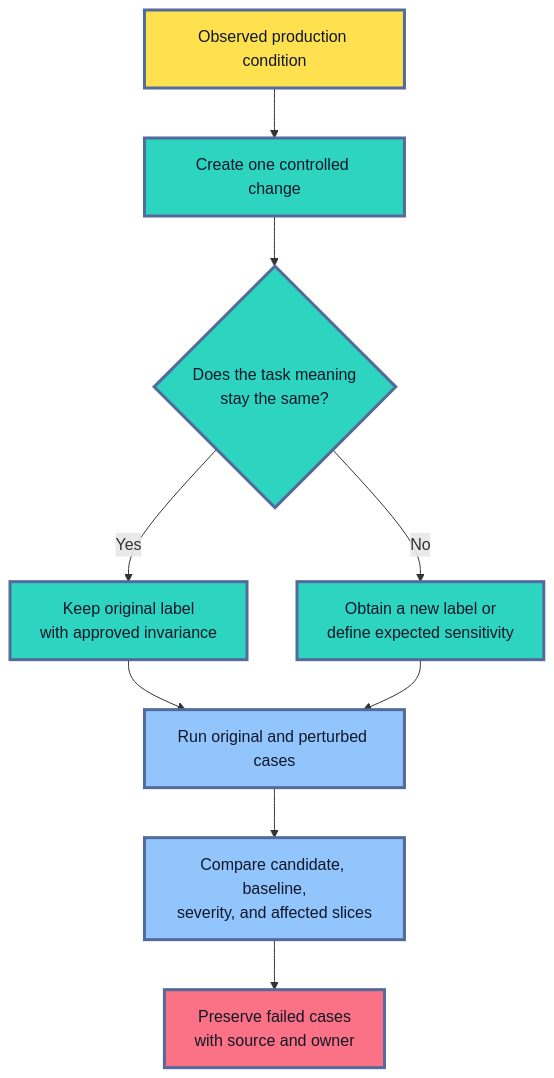
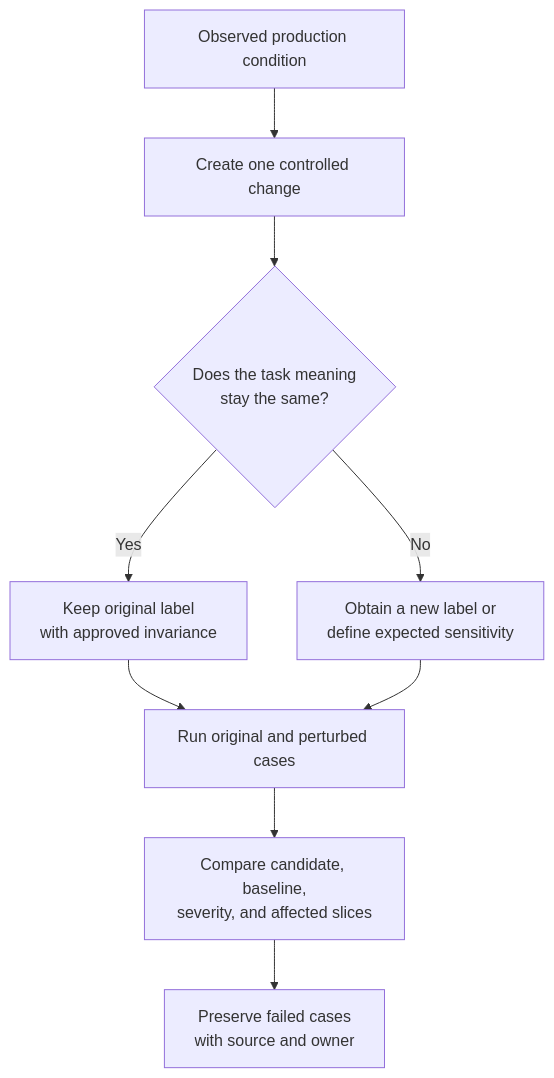
One commit to senlinyy/dev-roadmaps changed the fifth of 12 diagrams in roadmaps/mlops/modules/model-evaluation/production-readiness/03-robustness-testing-before-release.md. Above: the diagram before and after it, drawn with Mermaid. The commit also changed other lines of this file and 152 other files, not shown here.

Commit message:
feat: mlops and diagrams updated

````diff
--- a/roadmaps/mlops/modules/model-evaluation/production-readiness/03-robustness-testing-before-release.md
+++ b/roadmaps/mlops/modules/model-evaluation/production-readiness/03-robustness-testing-before-release.md
@@ -275,20 +260,16 @@
 ```mermaid
 flowchart TD
     A["Observed production condition"] --> B["Create one controlled change"]
     B --> C{"Does the task meaning<br/>stay the same?"}
     C -->|"Yes"| D["Keep original label<br/>with approved invariance"]
     C -->|"No"| E["Obtain a new label or<br/>define expected sensitivity"]
     D --> F["Run original and perturbed cases"]
     E --> F
     F --> G["Compare candidate, baseline,<br/>severity, and affected slices"]
     G --> H["Preserve failed cases<br/>with source and owner"]
 
-    classDef source fill:#FFE04F,stroke:#536A9A,stroke-width:3px,color:#111827
-    classDef transform fill:#2DD4BF,stroke:#536A9A,stroke-width:3px,color:#0F172A
-    classDef test fill:#93C5FD,stroke:#536A9A,stroke-width:3px,color:#0F172A
-    classDef preserve fill:#FB7185,stroke:#536A9A,stroke-width:3px,color:#111827
     class A source
     class B,C,D,E transform
     class F,G test
     class H preserve
 ```
````
